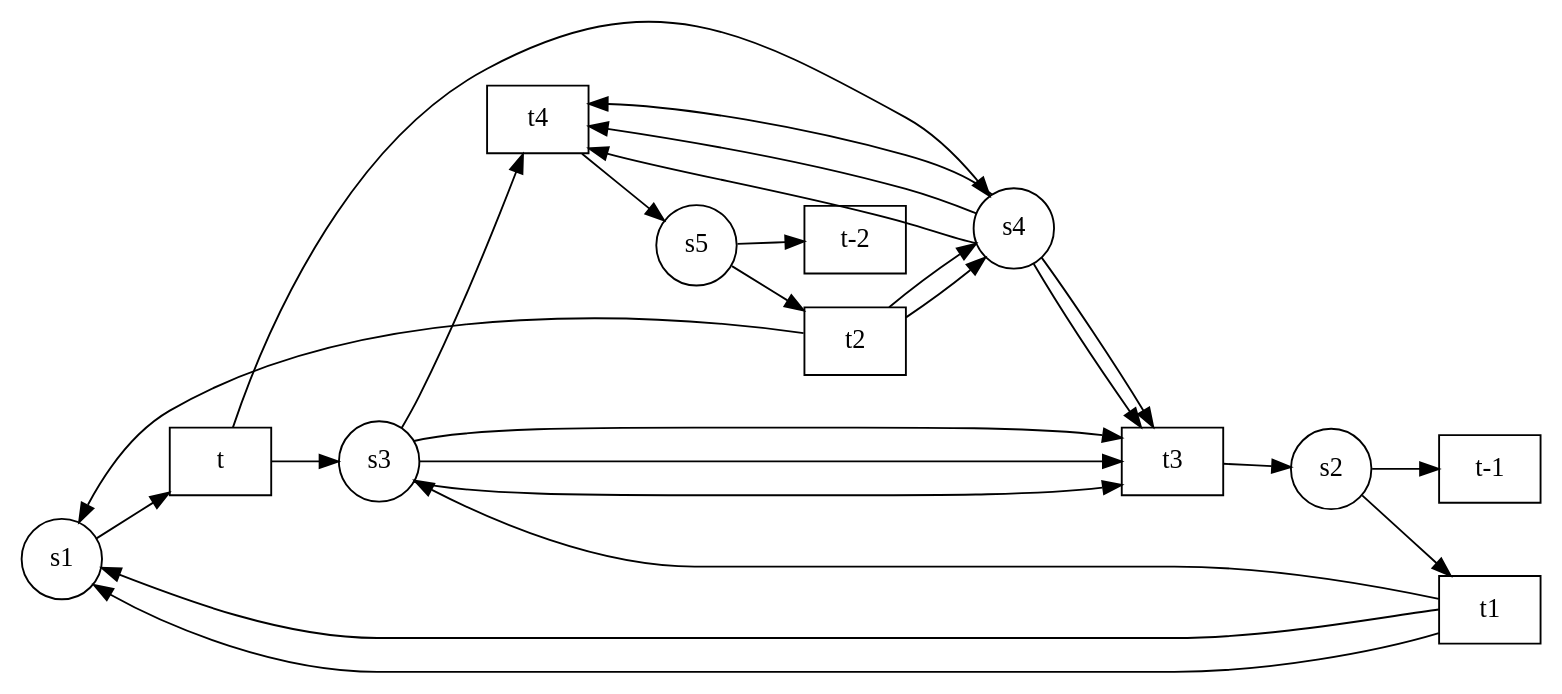
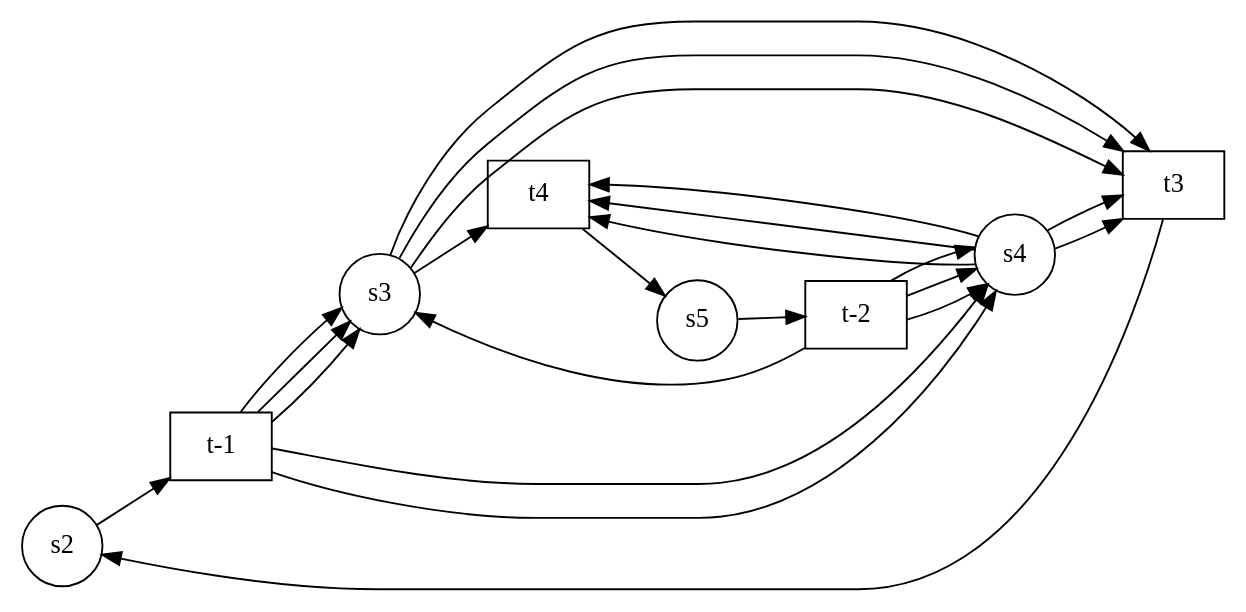
One commit to dnannen/reduction-of-petri-nets changed the diagram in Reduktionsalgorithmen/test.gv. Above: the diagram before and after it, drawn with Graphviz. The commit also changed 3 other files, not shown here.

```diff
--- a/Reduktionsalgorithmen/test.gv
+++ b/Reduktionsalgorithmen/test.gv
@@ -1,40 +1,34 @@
 digraph petrinet{
 node[shape=circle];
 rankdir=LR;
-"s1";
 "s2";
 "s3";
 "s4";
 "s5";
-"t" [shape=box];
-"t1" [shape=box];
-"t2" [shape=box];
 "t3" [shape=box];
 "t4" [shape=box];
 "t-1" [shape=box];
 "t-2" [shape=box];
-"s1"->"t"
-"s2"->"t1"
 "s2"->"t-1"
 "s3"->"t3"
 "s3"->"t3"
 "s3"->"t3"
 "s3"->"t4"
 "s4"->"t3"
 "s4"->"t3"
 "s4"->"t4"
 "s4"->"t4"
 "s4"->"t4"
-"s5"->"t2"
 "s5"->"t-2"
-"t"->"s3"
-"t"->"s4"
-"t1"->"s1"
-"t1"->"s1"
-"t1"->"s3"
-"t2"->"s1"
-"t2"->"s4"
-"t2"->"s4"
 "t3"->"s2"
 "t4"->"s5"
+"t-1"->"s3"
+"t-1"->"s4"
+"t-1"->"s3"
+"t-1"->"s4"
+"t-1"->"s3"
+"t-2"->"s3"
+"t-2"->"s4"
+"t-2"->"s4"
+"t-2"->"s4"
 }
```
